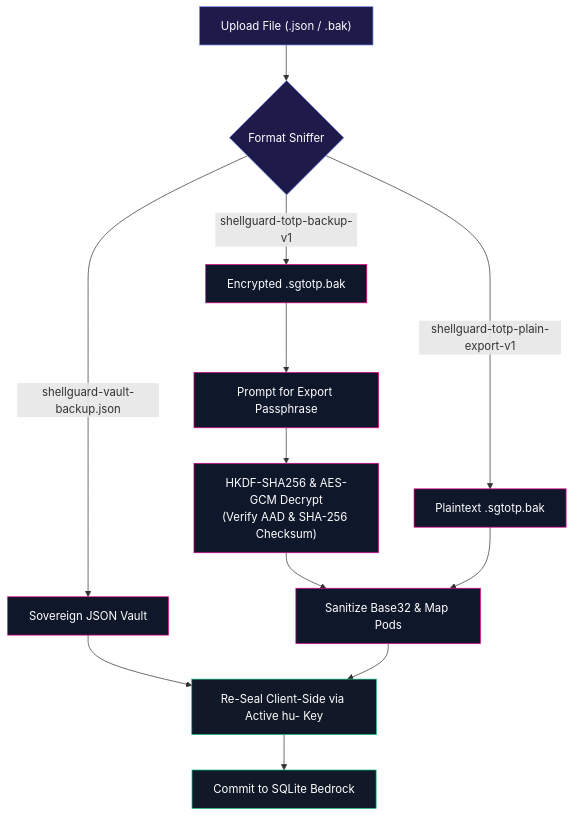
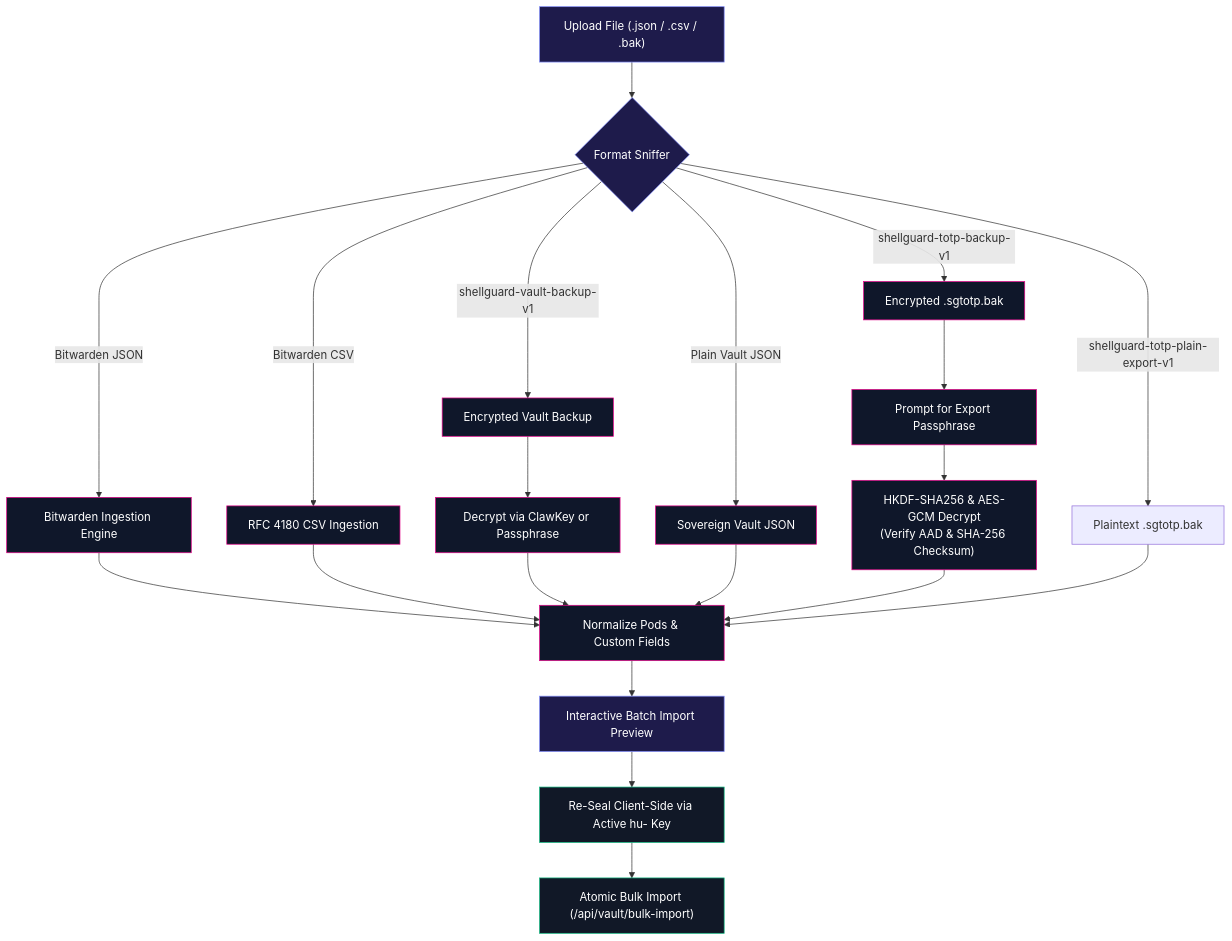
One commit to ClawStackStudios/ShellGuard changed the diagram in docs/vault-features/import-export.md. Above: the diagram before and after it, drawn with Mermaid. The commit also changed other lines of this file and 69 other files, not shown here.

````diff
--- a/docs/vault-features/import-export.md
+++ b/docs/vault-features/import-export.md
@@ -36,24 +30,33 @@
 ```mermaid
 flowchart TD
-    Upload["Upload File (.json / .bak)"] --> Sniff{"Format Sniffer"}
+    Upload["Upload File (.json / .csv / .bak)"] --> Sniff{"Format Sniffer"}
     
-    Sniff -->|"shellguard-vault-backup.json"| JsonFlow["Sovereign JSON Vault"]
+    Sniff -->|"Bitwarden JSON"| BwJson["Bitwarden Ingestion Engine"]
+    Sniff -->|"Bitwarden CSV"| BwCsv["RFC 4180 CSV Ingestion"]
+    Sniff -->|"shellguard-vault-backup-v1"| EncVault["Encrypted Vault Backup"]
+    Sniff -->|"Plain Vault JSON"| PlainVault["Sovereign Vault JSON"]
     Sniff -->|"shellguard-totp-backup-v1"| EncBakFlow["Encrypted .sgtotp.bak"]
     Sniff -->|"shellguard-totp-plain-export-v1"| PlainBakFlow["Plaintext .sgtotp.bak"]
 
+    BwJson --> Normalize["Normalize Pods & Custom Fields"]
+    BwCsv --> Normalize
+    EncVault --> DecryptVault["Decrypt via ClawKey or Passphrase"]
+    DecryptVault --> Normalize
+    PlainVault --> Normalize
     EncBakFlow --> PassPrompt["Prompt for Export Passphrase"]
     PassPrompt --> HKDF["HKDF-SHA256 & AES-GCM Decrypt<br/>(Verify AAD & SHA-256 Checksum)"]
-    HKDF --> Normalize["Sanitize Base32 & Map Pods"]
+    HKDF --> Normalize
     PlainBakFlow --> Normalize
-    JsonFlow --> ReSeal["Re-Seal Client-Side via Active hu- Key"]
-    Normalize --> ReSeal
-    ReSeal --> ServerCommit["Commit to SQLite Bedrock"]
+
+    Normalize --> BatchPreview["Interactive Batch Import Preview"]
+    BatchPreview --> ReSeal["Re-Seal Client-Side via Active hu- Key"]
+    ReSeal --> ServerCommit["Atomic Bulk Import (/api/vault/bulk-import)"]
 
     classDef upload fill:#1e1b4b,stroke:#818cf8,stroke-width:1px,color:#ffffff;
     classDef crypto fill:#0f172a,stroke:#e4048a,stroke-width:1px,color:#ffffff;
     classDef done fill:#111827,stroke:#10b981,stroke-width:1px,color:#ffffff;
 
-    class Upload,Sniff upload;
-    class EncBakFlow,PassPrompt,HKDF,Normalize,JsonFlow,PlainBakFlow crypto;
+    class Upload,Sniff,BatchPreview upload;
+    class BwJson,BwCsv,EncVault,DecryptVault,PlainVault,EncBakFlow,PassPrompt,HKDF,Normalize crypto;
     class ReSeal,ServerCommit done;
 ```
````
